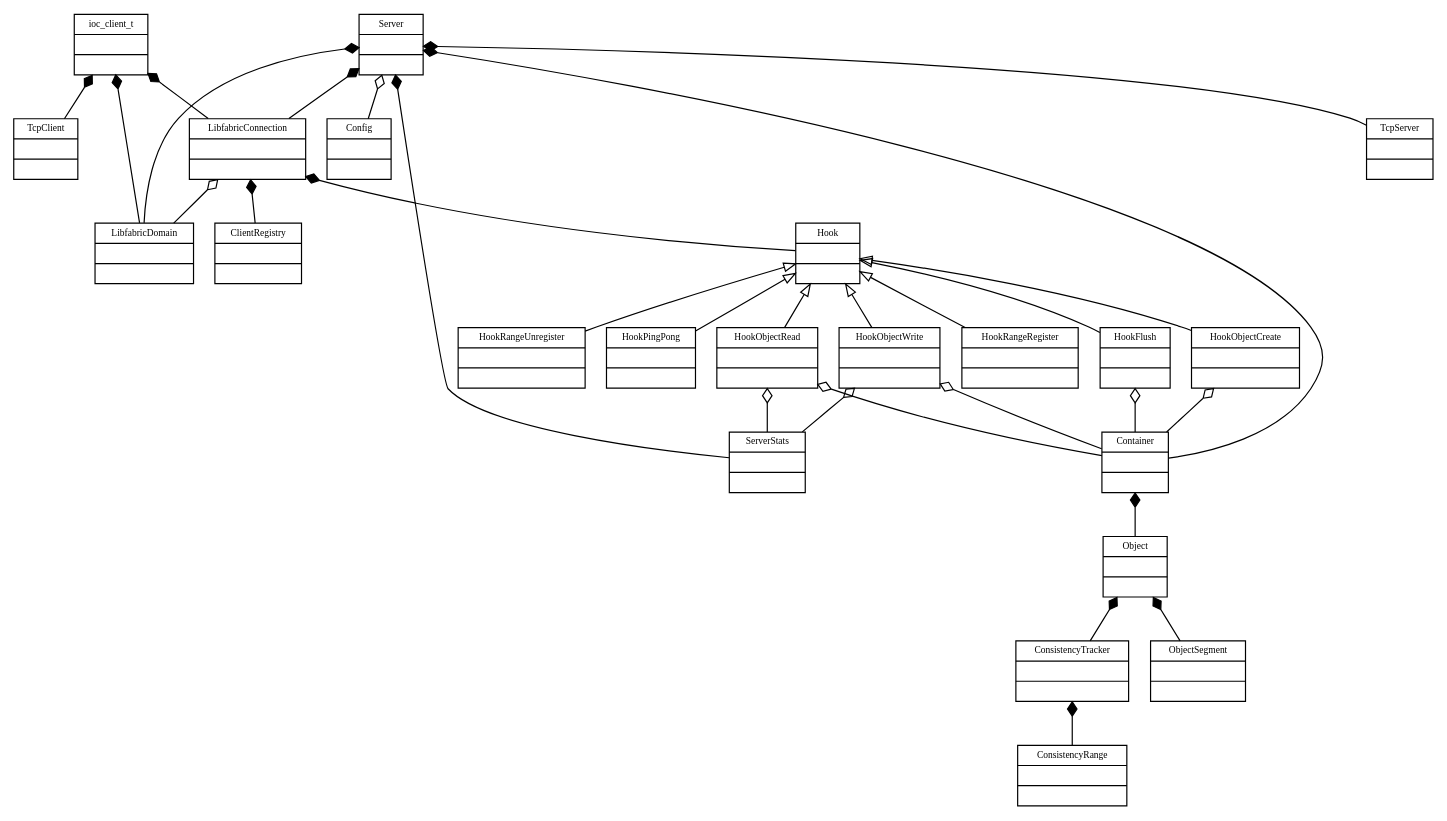
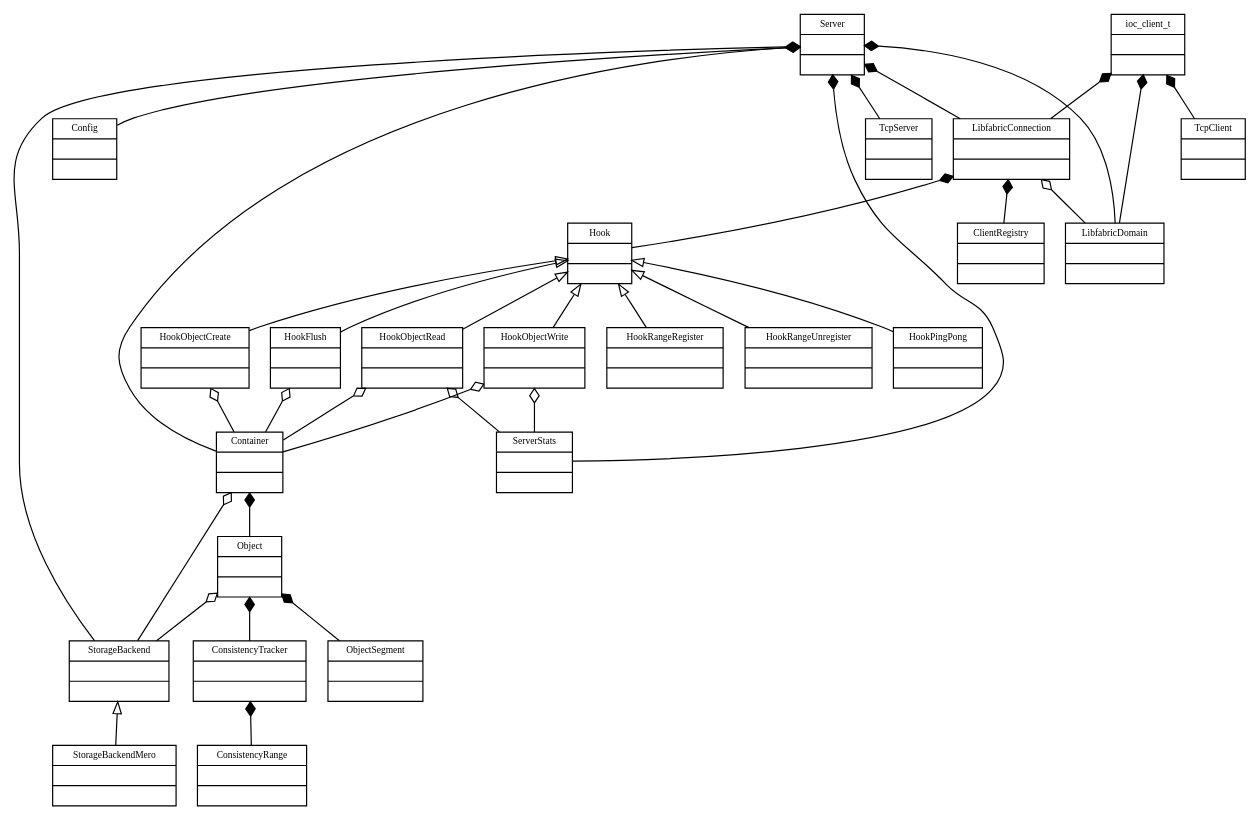
Before and after one commit to FR-GRE-BDS-HPC-SW-SAGE2-GMA/iocatcher: the diagram in doc/images/uml.dot, drawn with Graphviz. The commit also changed 17 other files, not shown here.

Commit message:
[backends] Add a new StorageBackend class and implementation StorageBackendMero to ease future unit tests

```diff
--- a/doc/images/uml.dot
+++ b/doc/images/uml.dot
@@ -1,141 +1,153 @@
 digraph IOCATCHER
 {
 	//Some fonts
 	fontname = "Bitstream Vera Sans"
 	fontsize = 8
 	
 	//configure node
 	node [
 		fontname = "Bitstream Vera Sans"
 		fontsize = 8
 		shape = "record"
 	]
 	
 	//configure edge
 	edge [
 		arrowtail = "empty"
 		dir=back
 	]
 	
 	//classes
 	Server [
 		label = "{Server|\l|\l}"
 	]
 
 	Container [
 		label = "{Container|\l|\l}"
 	]
 
 	Object [
 		label = "{Object|\l|\l}"
+	]
+
+	StorageBackend [
+		label = "{StorageBackend|\l|\l}"
+	]
+
+	StorageBackendMero [
+		label = "{StorageBackendMero|\l|\l}"
 	]
 
 	ConsistencyTracker [
 		label = "{ConsistencyTracker|\l|\l}"
 	]
 
 	Hook [
 		label = "{Hook|\l|\l}"
 	]
 
 	LibfabricConnection [
 		label = "{LibfabricConnection|\l|\l}"
 	]
 
 	LibfabricDomain [
 		label = "{LibfabricDomain|\l|\l}"
 	]
 
 	TcpServer [
 		label = "{TcpServer|\l|\l}"
 	]
 
 	TcpClient [
 		label = "{TcpClient|\l|\l}"
 	]
 
 	ioc_client_t [
 		label = "{ioc_client_t|\l|\l}"
 	]
 
 	ConsistencyRange [
 		label = "{ConsistencyRange|\l|\l}"
 	]
 
 	ObjectSegment [
 		label = "{ObjectSegment|\l|\l}"
 	]
 
 	Config [
 		label = "{Config|\l|\l}"
 	]
 
 	ClientRegistry [
 		label = "{ClientRegistry|\l|\l}"
 	]
 
 	HookObjectWrite [
 		label = "{HookObjectWrite|\l|\l}"
 	]
 
 	HookObjectRead [
 		label = "{HookObjectRead|\l|\l}"
 	]
 
 	HookObjectCreate [
 		label = "{HookObjectCreate|\l|\l}"
 	]
 
 	HookRangeRegister [
 		label = "{HookRangeRegister|\l|\l}"
 	]
 
 	HookRangeUnregister [
 		label = "{HookRangeUnregister|\l|\l}"
 	]
 
 	HookFlush [
 		label = "{HookFlush|\l|\l}"
 	]
 
 	HookPingPong [
 		label = "{HookPingPong|\l|\l}"
 	]
 
 	ServerStats [
 		label = "{ServerStats|\l|\l}"
 	]
 
 	//inheritance links
 	Hook -> HookFlush
 	Hook -> HookObjectCreate
 	Hook -> HookObjectRead
 	Hook -> HookObjectWrite
 	Hook -> HookRangeRegister
 	Hook -> HookRangeUnregister
 	Hook -> HookPingPong
+	StorageBackend -> StorageBackendMero
 
 	//composition
 	Server -> Config[arrowtail=odiamond]
 	Server -> Container[arrowtail=diamond]
 	Server -> TcpServer[arrowtail=diamond]
 	Server -> LibfabricDomain[arrowtail=diamond]
 	Server -> LibfabricConnection[arrowtail=diamond]
 	Server -> ServerStats[arrowtail=diamond]
+	Server -> StorageBackend[arrowtail=diamond]
 	LibfabricConnection -> ClientRegistry[arrowtail=diamond]
 	LibfabricConnection -> LibfabricDomain[arrowtail=odiamond]
 	LibfabricConnection -> Hook[arrowtail=diamond]
 	Container -> Object[arrowtail=diamond]
+	Container -> StorageBackend[arrowtail=odiamond]
 	Object -> ObjectSegment[arrowtail=diamond]
 	Object -> ConsistencyTracker[arrowtail=diamond]
+	Object -> StorageBackend[arrowtail=odiamond]
 	ConsistencyTracker -> ConsistencyRange[arrowtail=diamond]
 	ioc_client_t -> TcpClient[arrowtail=diamond]
 	ioc_client_t -> LibfabricDomain[arrowtail=diamond]
 	ioc_client_t -> LibfabricConnection[arrowtail=diamond]
 	HookFlush -> Container[arrowtail=odiamond]
 	HookObjectCreate -> Container[arrowtail=odiamond]
 	HookObjectRead -> Container[arrowtail=odiamond]
 	HookObjectWrite -> Container[arrowtail=odiamond]
 	HookObjectRead -> ServerStats[arrowtail=odiamond]
 	HookObjectWrite -> ServerStats[arrowtail=odiamond]
 }
```
